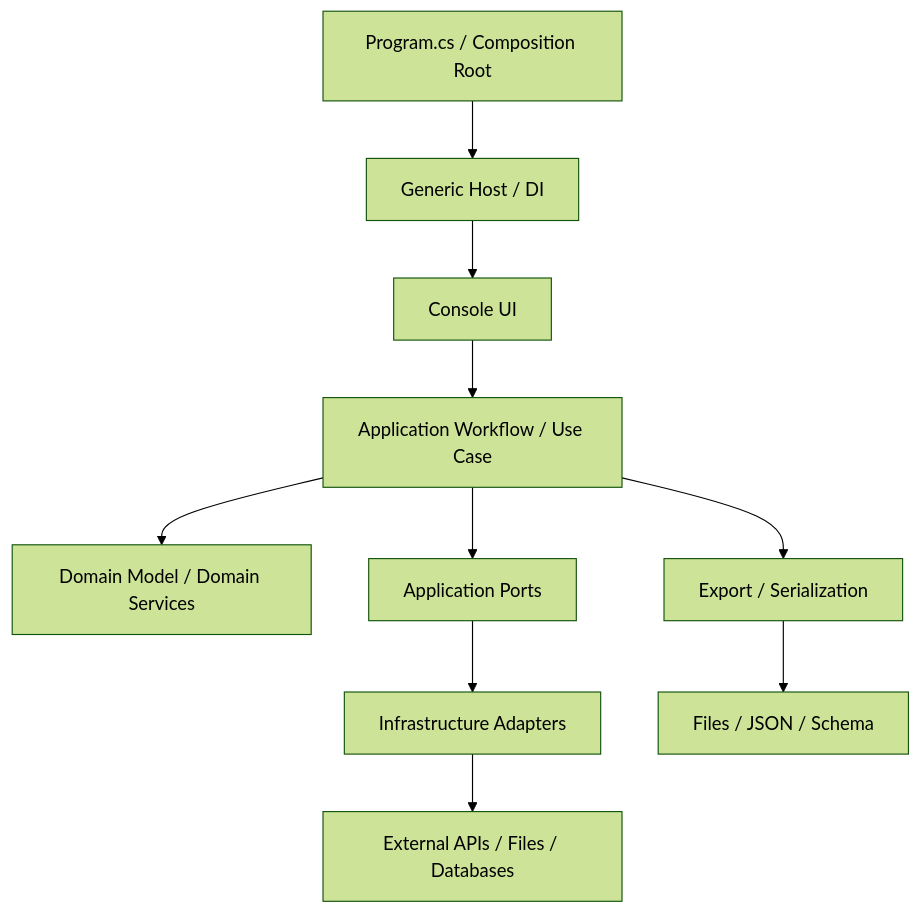
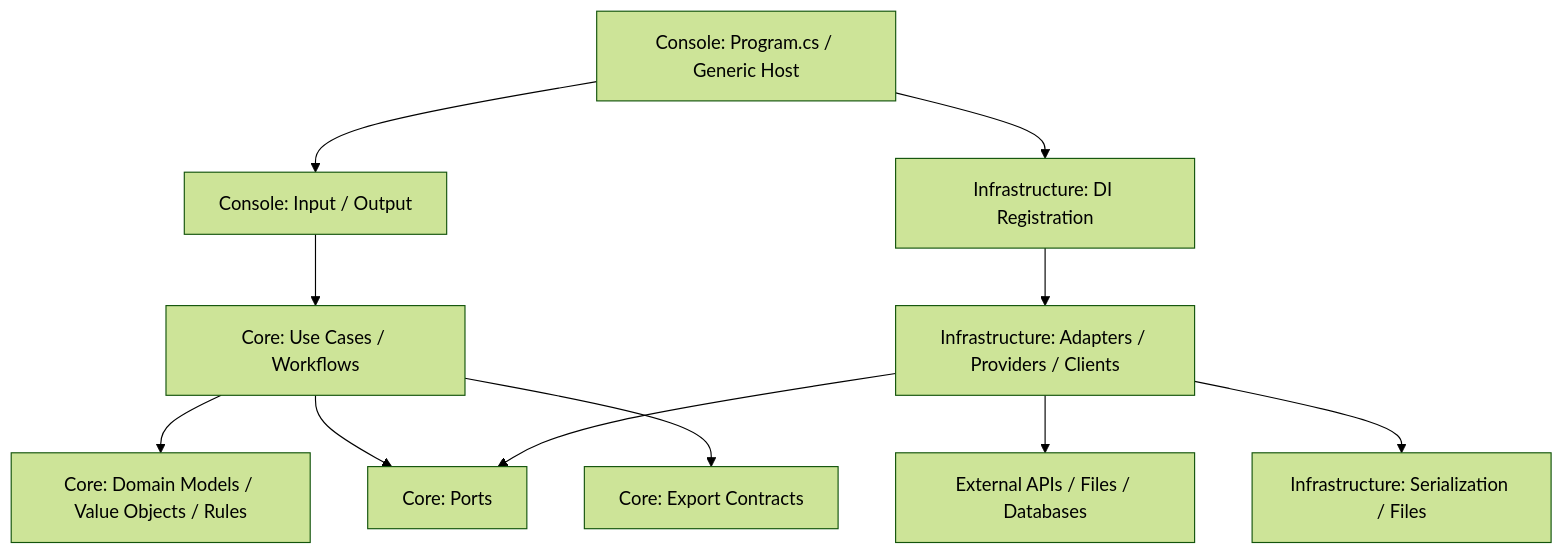
Before and after one commit to Heljens-IT-Services/agent-files: the diagram in agents/DEVELOPER.NetConsole.md, drawn with Mermaid (forest theme). The commit also changed other lines of this file, not shown here.

Commit message:
Align NetConsole blueprint with Console Infrastructure Core projects

````diff
--- a/agents/DEVELOPER.NetConsole.md
+++ b/agents/DEVELOPER.NetConsole.md
@@ -28,12 +40,13 @@
 ```mermaid
 flowchart TD
-    Program[Program.cs / Composition Root] --> Host[Generic Host / DI]
-    Host --> ConsoleUi[Console UI]
-    ConsoleUi --> Application[Application Workflow / Use Case]
-    Application --> Domain[Domain Model / Domain Services]
-    Application --> Ports[Application Ports]
-    Ports --> Infrastructure[Infrastructure Adapters]
-    Infrastructure --> External[External APIs / Files / Databases]
-    Application --> Export[Export / Serialization]
-    Export --> Files[Files / JSON / Schema]
+    Program[Console: Program.cs / Generic Host] --> ConsoleUi[Console: Input / Output]
+    Program --> InfrastructureDi[Infrastructure: DI Registration]
+    ConsoleUi --> UseCases[Core: Use Cases / Workflows]
+    UseCases --> Domain[Core: Domain Models / Value Objects / Rules]
+    UseCases --> Ports[Core: Ports]
+    InfrastructureDi --> Adapters[Infrastructure: Adapters / Providers / Clients]
+    Adapters --> Ports
+    Adapters --> External[External APIs / Files / Databases]
+    UseCases --> ExportContracts[Core: Export Contracts]
+    Adapters --> ExportFiles[Infrastructure: Serialization / Files]
 ```
````
